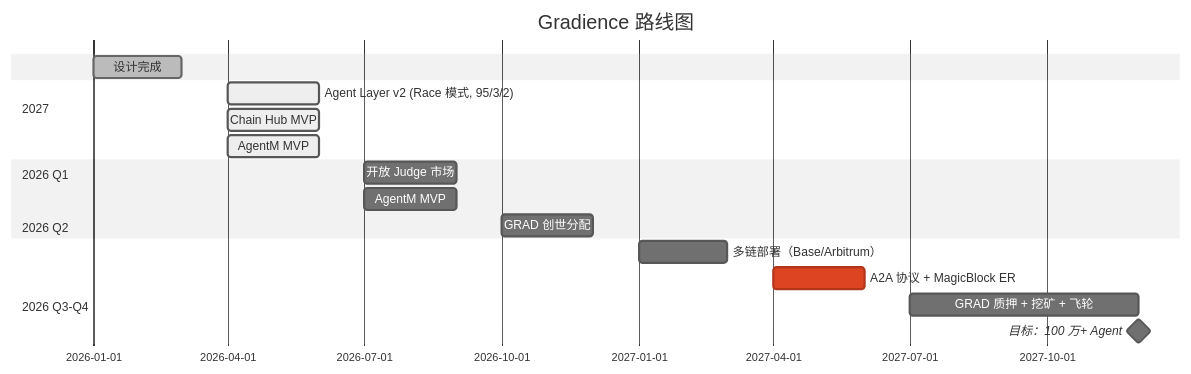
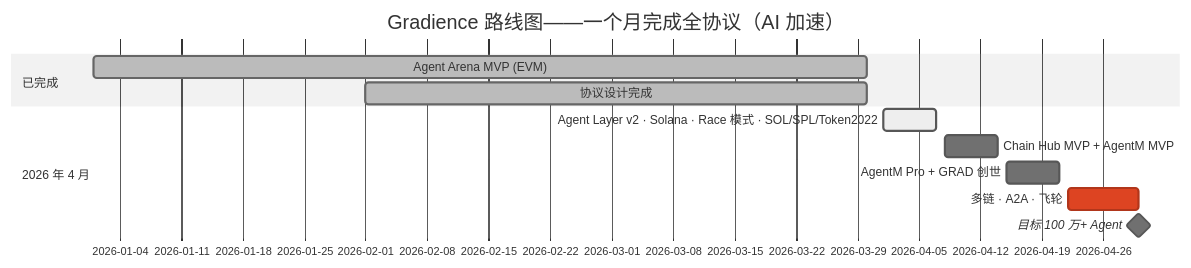
Before and after one commit to DaviRain-Su/gradience: the ninth of 9 diagrams in protocol/README-zh.md, drawn with Mermaid (neutral theme). The commit also changed other lines of this file and 74 other files, not shown here.

````diff
--- a/protocol/README-zh.md
+++ b/protocol/README-zh.md
@@ -419,23 +479,15 @@
 ```mermaid
 gantt
-    title Gradience 路线图
-    dateFormat YYYY-MM
-    section 2026 Q1
-    设计完成                :done, 2026-01, 2026-03
-    
-    section 2026 Q2
-    Agent Layer v2 (Race 模式, 95/3/2)  :active, 2026-04, 2026-06
-    Chain Hub MVP           :active, 2026-04, 2026-06
-    AgentM MVP            :active, 2026-04, 2026-06
-    
-    section 2026 Q3-Q4
-    开放 Judge 市场         :2026-07, 2026-09
-    AgentM MVP        :2026-07, 2026-09
-    GRAD 创世分配           :2026-10, 2026-12
-    
-    section 2027
-    多链部署（Base/Arbitrum）:2027-01, 2027-03
-    A2A 协议 + MagicBlock ER :crit, 2027-04, 2027-06
-    GRAD 质押 + 挖矿 + 飞轮 :2027-07, 2027-12
-    目标：100 万+ Agent      :milestone, 2027-12, 0d
+    title Gradience 路线图——一个月完成全协议（AI 加速）
+    dateFormat YYYY-MM-DD
+    section 已完成
+    Agent Arena MVP (EVM)         :done, 2026-01-01, 2026-03-30
+    协议设计完成                    :done, 2026-02-01, 2026-03-30
+
+    section 2026 年 4 月
+    Agent Layer v2 · Solana · Race 模式 · SOL/SPL/Token2022  :active, 2026-04-01, 2026-04-07
+    Chain Hub MVP + AgentM MVP  :2026-04-08, 2026-04-14
+    AgentM Pro + GRAD 创世        :2026-04-15, 2026-04-21
+    多链 · A2A · 飞轮              :crit, 2026-04-22, 2026-04-30
+    目标 100 万+ Agent             :milestone, 2026-04-30, 0d
 ```
````
